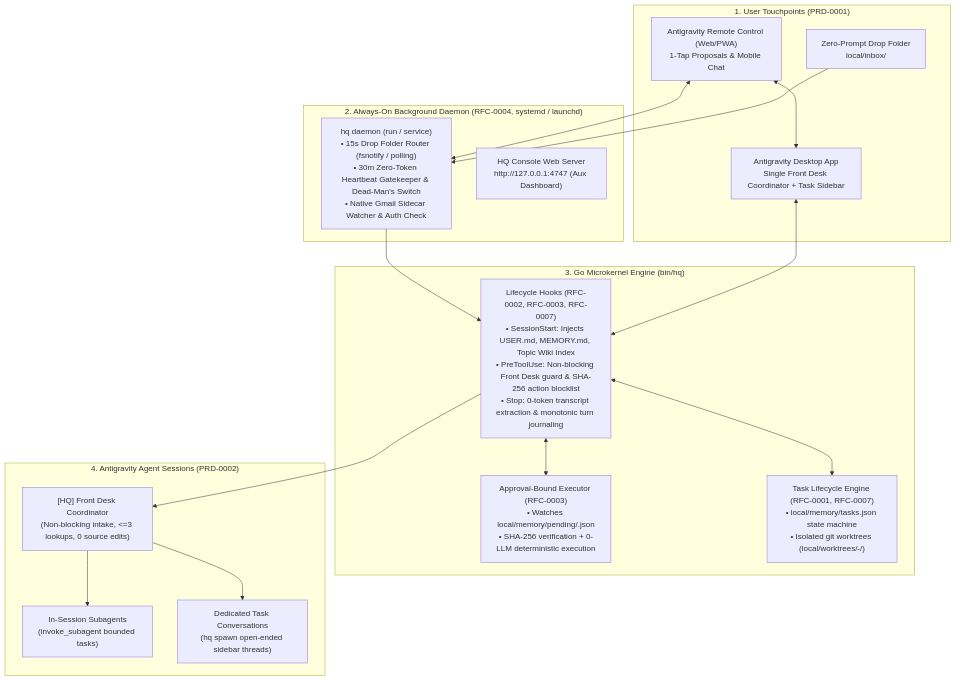
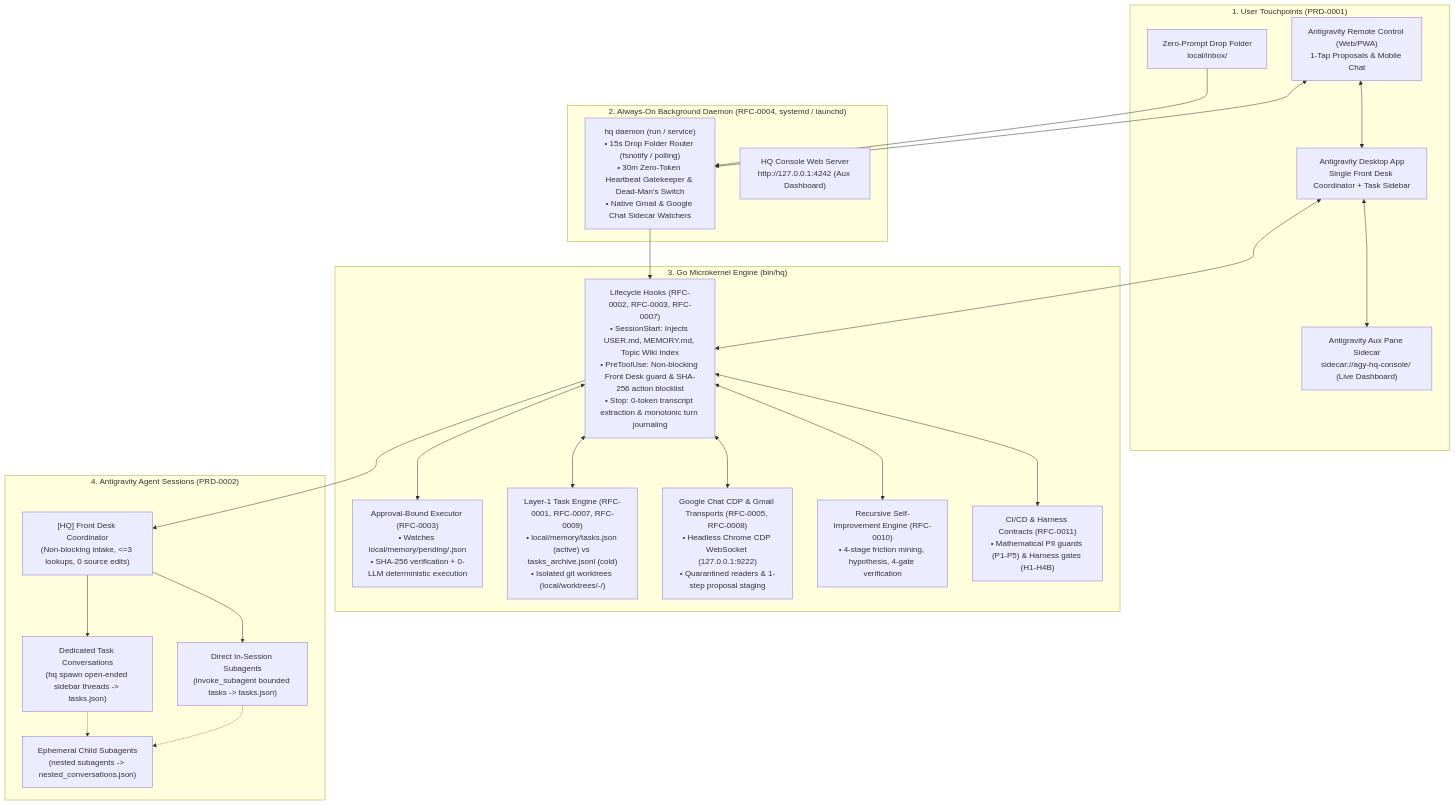
One commit to zjshen14/agy-hq changed the first of 4 diagrams in docs/architecture.md. Above: the diagram before and after it, drawn with Mermaid. The commit also changed other lines of this file and 7 other files, not shown here.

````diff
--- a/docs/architecture.md
+++ b/docs/architecture.md
@@ -20,36 +20,47 @@
 ```mermaid
 flowchart TB
   subgraph Touchpoints["1. User Touchpoints (PRD-0001)"]
     RC["Antigravity Remote Control (Web/PWA)\n1-Tap Proposals & Mobile Chat"]
     DESK["Antigravity Desktop App\nSingle Front Desk Coordinator + Task Sidebar"]
+    SIDECAR["Antigravity Aux Pane Sidecar\nsidecar://agy-hq-console/ (Live Dashboard)"]
     DROP["Zero-Prompt Drop Folder\nlocal/inbox/"]
   end
 
   subgraph DaemonLayer["2. Always-On Background Daemon (RFC-0004, systemd / launchd)"]
-    DAEMON["hq daemon (run / service)\n• 15s Drop Folder Router (fsnotify / polling)\n• 30m Zero-Token Heartbeat Gatekeeper & Dead-Man's Switch\n• Native Gmail Sidecar Watcher & Auth Check"]
-    WEBUI["HQ Console Web Server\nhttp://127.0.0.1:4747 (Aux Dashboard)"]
+    DAEMON["hq daemon (run / service)\n• 15s Drop Folder Router (fsnotify / polling)\n• 30m Zero-Token Heartbeat Gatekeeper & Dead-Man's Switch\n• Native Gmail & Google Chat Sidecar Watchers"]
+    WEBUI["HQ Console Web Server\nhttp://127.0.0.1:4242 (Aux Dashboard)"]
   end
 
   subgraph Microkernel["3. Go Microkernel Engine (bin/hq)"]
     HOOKS["Lifecycle Hooks (RFC-0002, RFC-0003, RFC-0007)\n• SessionStart: Injects USER.md, MEMORY.md, Topic Wiki Index\n• PreToolUse: Non-blocking Front Desk guard & SHA-256 action blocklist\n• Stop: 0-token transcript extraction & monotonic turn journaling"]
     EXEC["Approval-Bound Executor (RFC-0003)\n• Watches local/memory/pending/<id>.json\n• SHA-256 verification + 0-LLM deterministic execution"]
-    TASKS["Task Lifecycle Engine (RFC-0001, RFC-0007)\n• local/memory/tasks.json state machine\n• Isolated git worktrees (local/worktrees/<repo>-<task>/)"]
+    TASKS["Layer-1 Task Engine (RFC-0001, RFC-0007, RFC-0009)\n• local/memory/tasks.json (active) vs tasks_archive.jsonl (cold)\n• Isolated git worktrees (local/worktrees/<repo>-<task>/)"]
+    GCHAT["Google Chat CDP & Gmail Transports (RFC-0005, RFC-0008)\n• Headless Chrome CDP WebSocket (127.0.0.1:9222)\n• Quarantined readers & 1-step proposal staging"]
+    RSI["Recursive Self-Improvement Engine (RFC-0010)\n• 4-stage friction mining, hypothesis, 4-gate verification"]
+    CI["CI/CD & Harness Contracts (RFC-0011)\n• Mathematical PII guards (P1-P5) & Harness gates (H1-H4B)"]
   end
 
   subgraph AgentLayer["4. Antigravity Agent Sessions (PRD-0002)"]
     FD["[HQ] Front Desk Coordinator\n(Non-blocking intake, <=3 lookups, 0 source edits)"]
-    SUB["In-Session Subagents\n(invoke_subagent bounded tasks)"]
-    TASKCONV["Dedicated Task Conversations\n(hq spawn open-ended sidebar threads)"]
+    SUB["Direct In-Session Subagents\n(invoke_subagent bounded tasks -> tasks.json)"]
+    TASKCONV["Dedicated Task Conversations\n(hq spawn open-ended sidebar threads -> tasks.json)"]
+    CHILD["Ephemeral Child Subagents\n(nested subagents -> nested_conversations.json)"]
   end
 
   RC <--> DESK
   RC <--> DAEMON
+  DESK <--> SIDECAR
   DROP --> DAEMON
   DAEMON --> HOOKS
   DESK <--> HOOKS
   HOOKS --> FD
   FD --> SUB
   FD --> TASKCONV
+  SUB -.-> CHILD
+  TASKCONV -.-> CHILD
   HOOKS <--> EXEC
   HOOKS <--> TASKS
+  HOOKS <--> GCHAT
+  HOOKS <--> RSI
+  HOOKS <--> CI
 ```
````
